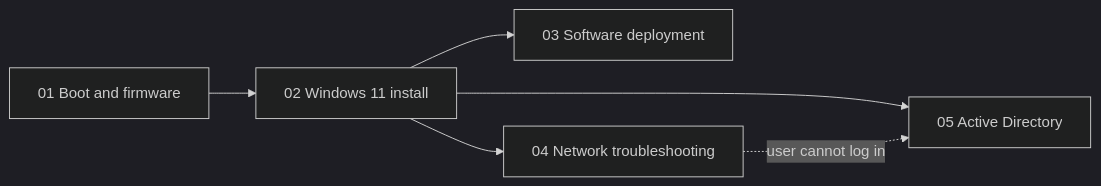
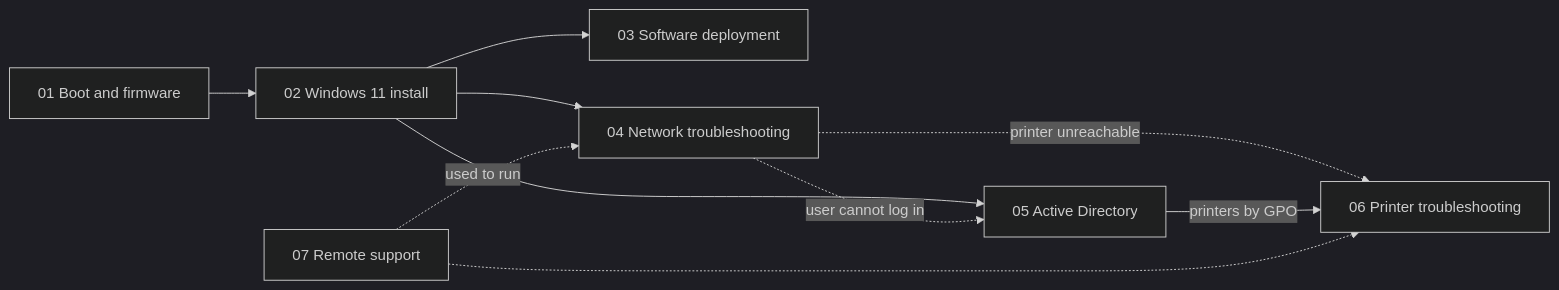
The diagram in README.md (Bazeeza/Technical-Runbooks), drawn with Mermaid (dark theme) before and after one commit. The commit also changed other lines of this file, not shown here.

First line of the commit message:
Add runbooks 06 and 07 to the README index and connection diagram

````diff
--- a/README.md
+++ b/README.md
@@ -41,8 +47,12 @@
 ```mermaid
 flowchart LR
     R01[01 Boot and firmware] --> R02[02 Windows 11 install]
     R02 --> R03[03 Software deployment]
     R02 --> R04[04 Network troubleshooting]
     R02 --> R05[05 Active Directory]
     R04 -.->|user cannot log in| R05
+    R04 -.->|printer unreachable| R06[06 Printer troubleshooting]
+    R05 -->|printers by GPO| R06
+    R07[07 Remote support] -.->|used to run| R04
+    R07 -.-> R06
 ```
````
